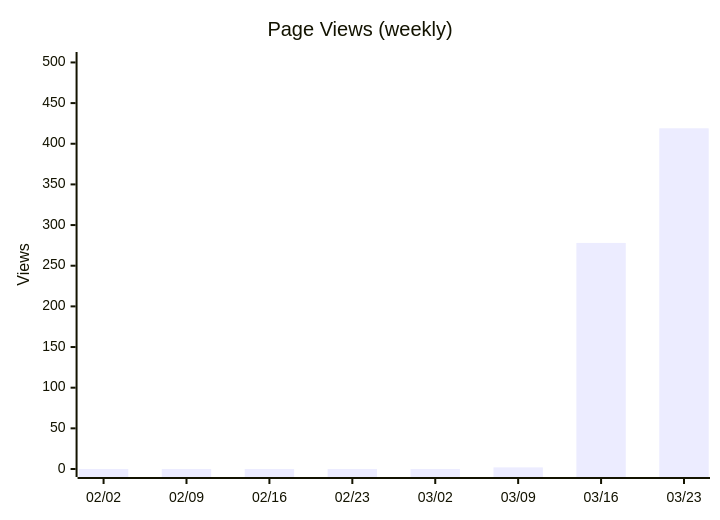
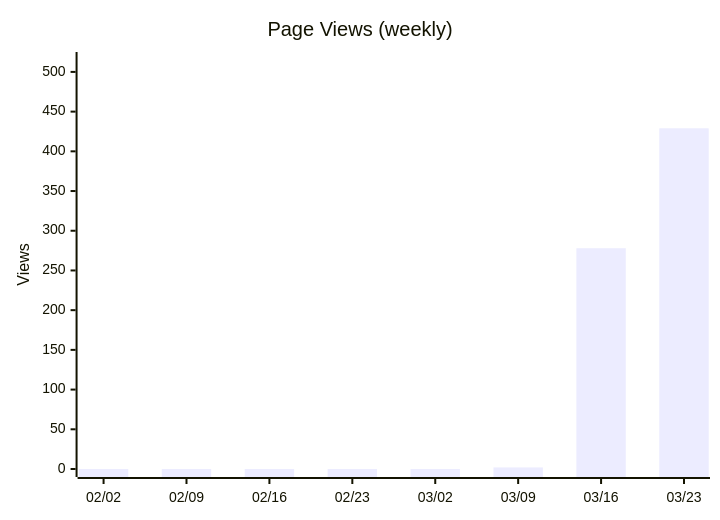
Before and after one commit to nablarch/nabledge-dev: diagram 12 of 14 in docs/metrics.md, drawn with Mermaid. The commit also changed other lines of this file and 2 other files, not shown here.

````diff
--- a/docs/metrics.md
+++ b/docs/metrics.md
@@ -155,7 +155,7 @@
 ```mermaid
 xychart-beta
   title "Page Views (weekly)"
   x-axis ["02/02", "02/09", "02/16", "02/23", "03/02", "03/09", "03/16", "03/23"]
-  y-axis "Views" 0 --> 503
-  bar [0, 0, 0, 0, 0, 2, 278, 419]
+  y-axis "Views" 0 --> 515
+  bar [0, 0, 0, 0, 0, 2, 278, 429]
 ```
````
